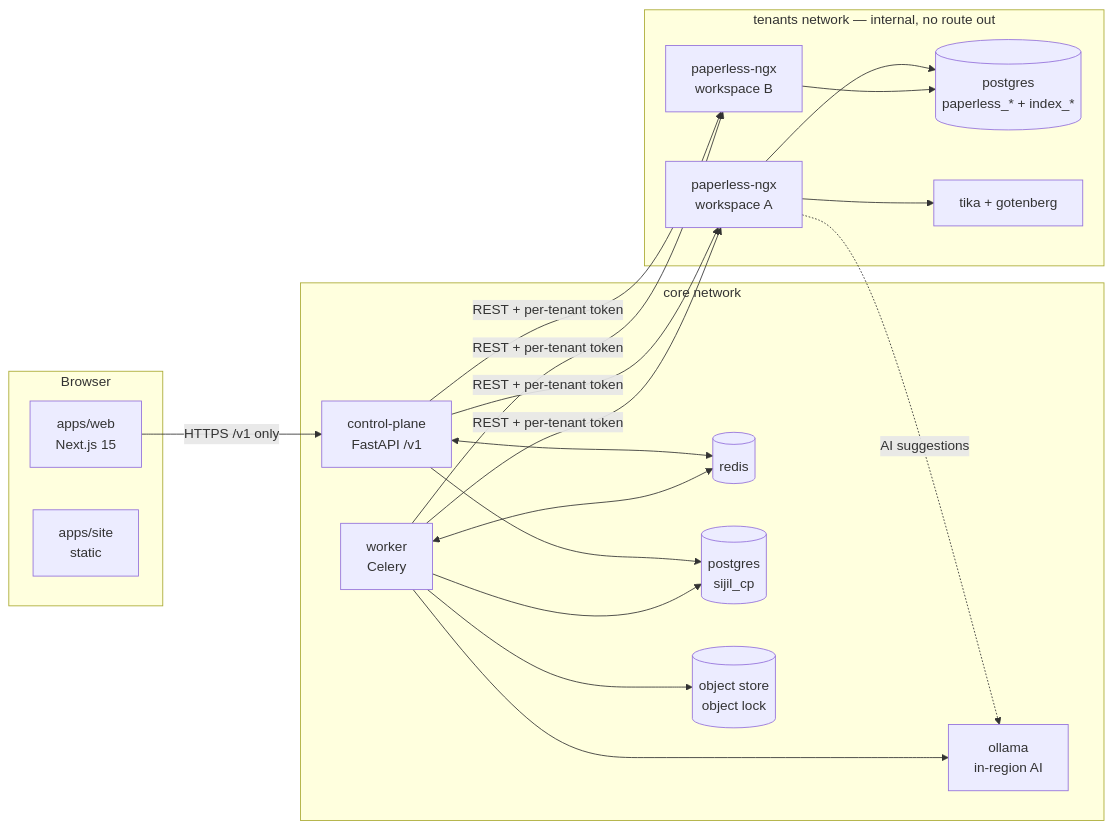
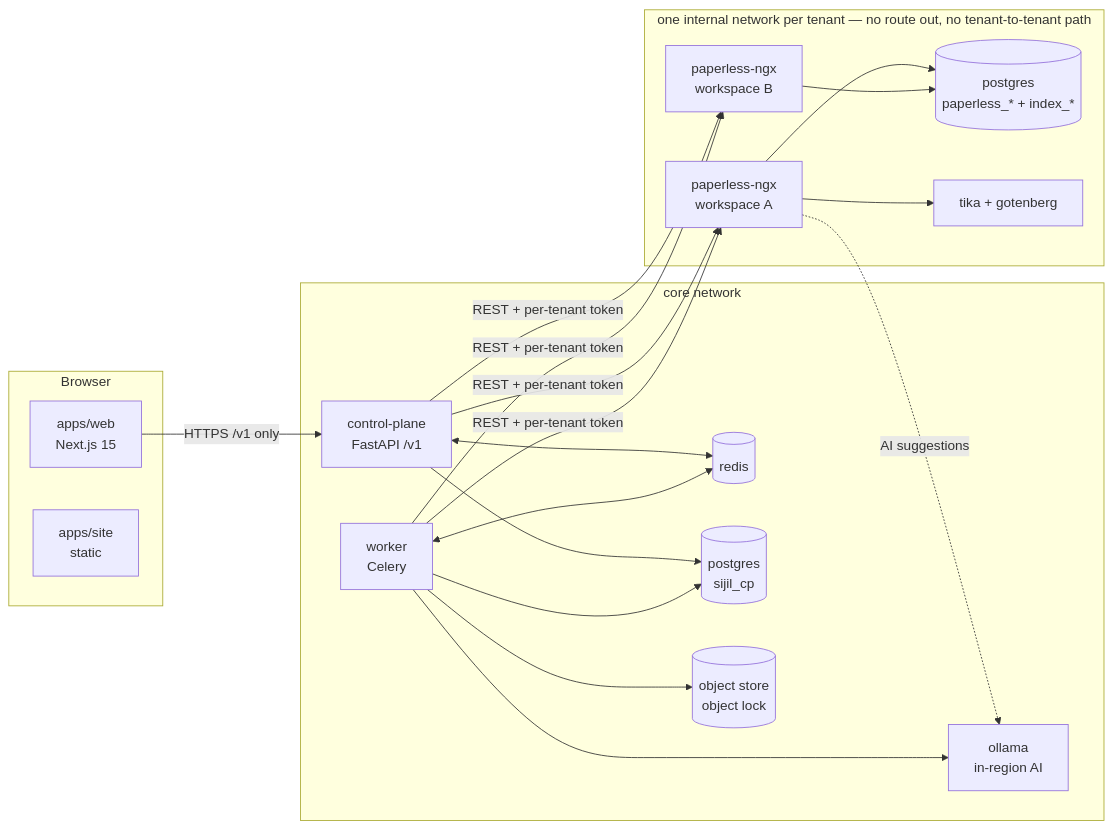
The first of 2 diagrams in docs/architecture.md (MouadBH/sijil), drawn with Mermaid before and after one commit. The commit also changed other lines of this file and 2 other files, not shown here.

Commit message:
docs: per-tenant networks, DB roles, governance→compliance lock; list M0 deviations for sign-off

````diff
--- a/docs/architecture.md
+++ b/docs/architecture.md
@@ -7,39 +7,39 @@
 ```mermaid
 flowchart LR
   subgraph browser[Browser]
     web[apps/web<br/>Next.js 15]
     site[apps/site<br/>static]
   end
 
   subgraph core[core network]
     cp[control-plane<br/>FastAPI /v1]
     worker[worker<br/>Celery]
     redis[(redis)]
     cpdb[(postgres<br/>sijil_cp)]
     obj[(object store<br/>object lock)]
     ollama[ollama<br/>in-region AI]
   end
 
-  subgraph tenants[tenants network — internal, no route out]
+  subgraph tenants[one internal network per tenant — no route out, no tenant-to-tenant path]
     p1[paperless-ngx<br/>workspace A]
     p2[paperless-ngx<br/>workspace B]
     tdb[(postgres<br/>paperless_* + index_*)]
     tika[tika + gotenberg]
   end
 
   web -- HTTPS /v1 only --> cp
   cp <--> redis
   worker <--> redis
   cp --> cpdb
   worker --> cpdb
   worker --> obj
   cp -- REST + per-tenant token --> p1
   cp -- REST + per-tenant token --> p2
   worker -- REST + per-tenant token --> p1
   worker -- REST + per-tenant token --> p2
   worker --> ollama
   p1 --> tdb
   p2 --> tdb
   p1 --> tika
   p1 -. AI suggestions .-> ollama
 ```
````
